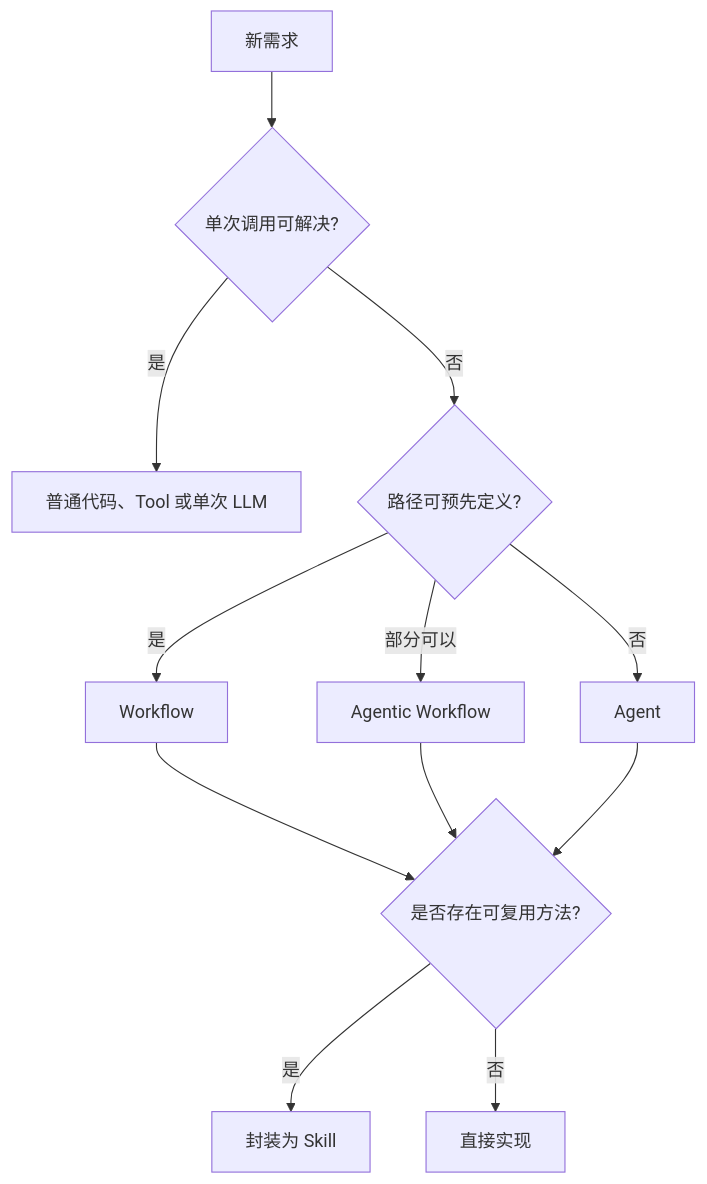
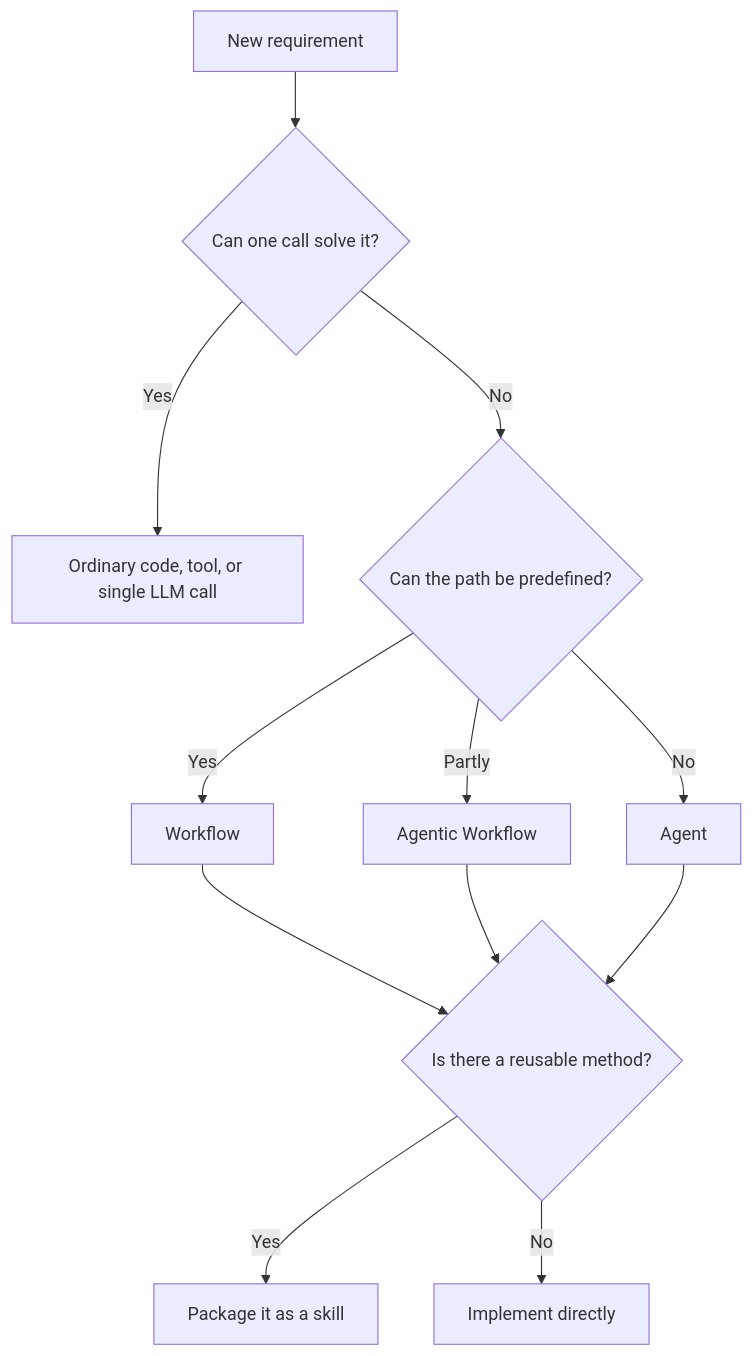
Before and after one commit to oneleaveknowsthefall/awesome-ai-roadmap: diagram 14 of 15 in docs/agent/01-foundations/03-agentic-building-blocks.md, drawn with Mermaid. The commit also changed other lines of this file and 68 other files, not shown here.

````diff
--- a/docs/agent/01-foundations/03-agentic-building-blocks.md
+++ b/docs/agent/01-foundations/03-agentic-building-blocks.md
@@ -685,14 +689,14 @@
 ```mermaid
 flowchart TB
-    S[新需求] --> C{单次调用可解决?}
-    C -->|是| SIMPLE[普通代码、Tool 或单次 LLM]
-    C -->|否| P{路径可预先定义?}
-    P -->|是| W[Workflow]
-    P -->|部分可以| AW[Agentic Workflow]
-    P -->|否| A[Agent]
-    W --> SK{是否存在可复用方法?}
+    S[New requirement] --> C{Can one call solve it?}
+    C -->|Yes| SIMPLE[Ordinary code, tool, or single LLM call]
+    C -->|No| P{Can the path be predefined?}
+    P -->|Yes| W[Workflow]
+    P -->|Partly| AW[Agentic Workflow]
+    P -->|No| A[Agent]
+    W --> SK{Is there a reusable method?}
     AW --> SK
     A --> SK
-    SK -->|是| K[封装为 Skill]
-    SK -->|否| END[直接实现]
+    SK -->|Yes| K[Package it as a skill]
+    SK -->|No| END[Implement directly]
 ```
````
